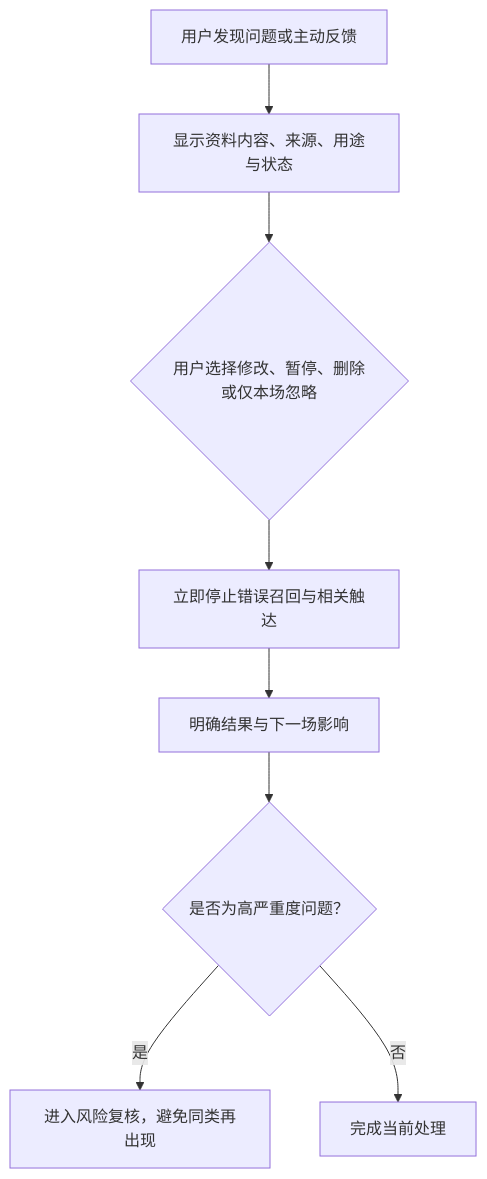
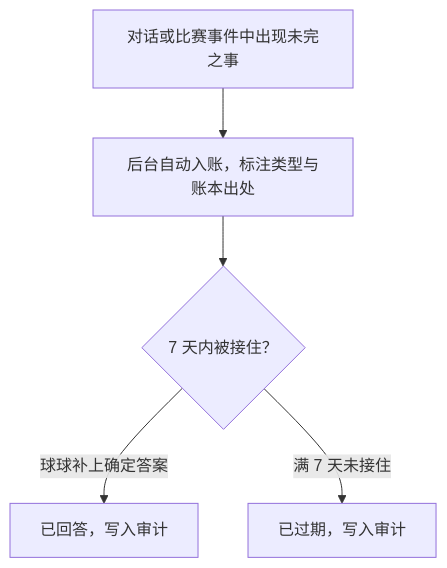
Before and after one commit to weiz98417-crypto/qiuqiu: the diagram in docs/球球全套资料/4.产品设计/30-共同记忆与偏好召回设计.md, drawn with Mermaid. The commit also changed other lines of this file and 49 other files, not shown here.

````diff
--- a/docs/球球全套资料/4.产品设计/30-共同记忆与偏好召回设计.md
+++ b/docs/球球全套资料/4.产品设计/30-共同记忆与偏好召回设计.md
@@ -433,10 +209,7 @@
 ```mermaid
 flowchart TD
-    A[用户发现问题或主动反馈] --> B[显示资料内容、来源、用途与状态]
-    B --> C{用户选择修改、暂停、删除或仅本场忽略}
-    C --> D[立即停止错误召回与相关触达]
-    D --> E[明确结果与下一场影响]
-    E --> F{是否为高严重度问题？}
-    F -->|是| G[进入风险复核，避免同类再出现]
-    F -->|否| H[完成当前处理]
+    A[对话或比赛事件中出现未完之事] --> B[后台自动入账，标注类型与账本出处]
+    B --> C{7 天内被接住？}
+    C -->|球球补上确定答案| D[已回答，写入审计]
+    C -->|满 7 天未接住| E[已过期，写入审计]
 ```
````
